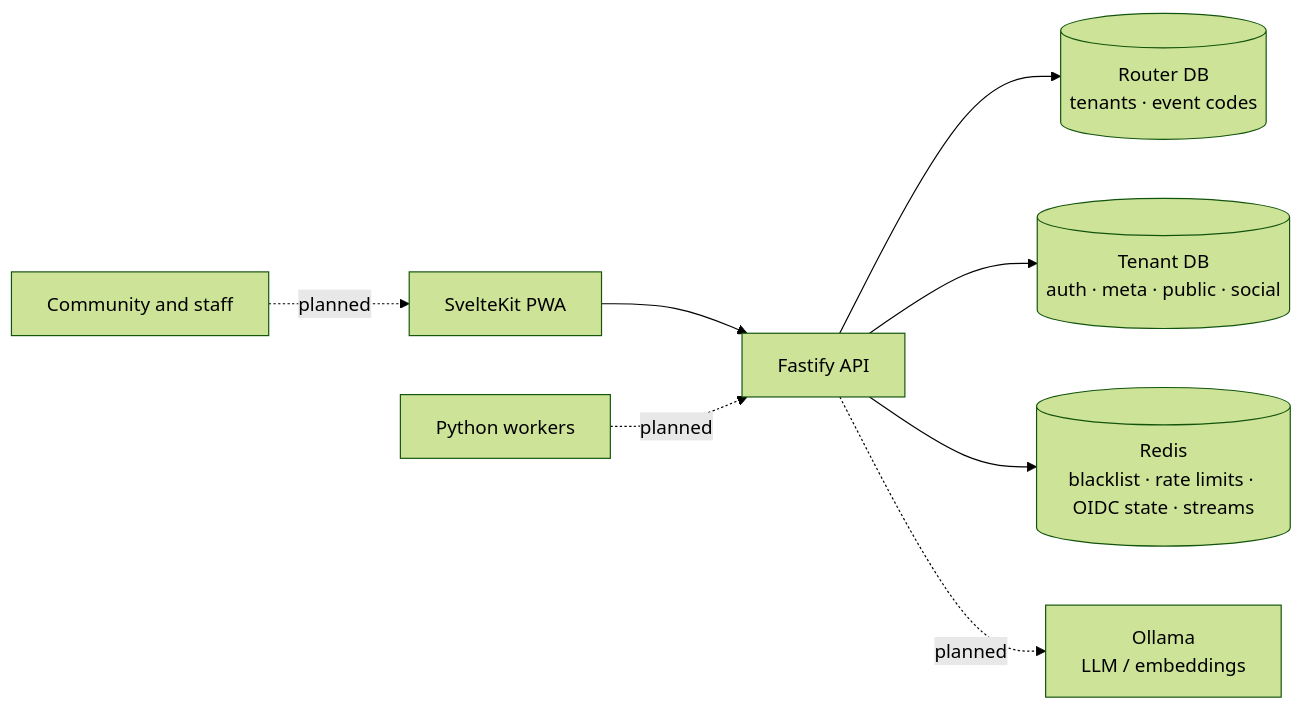
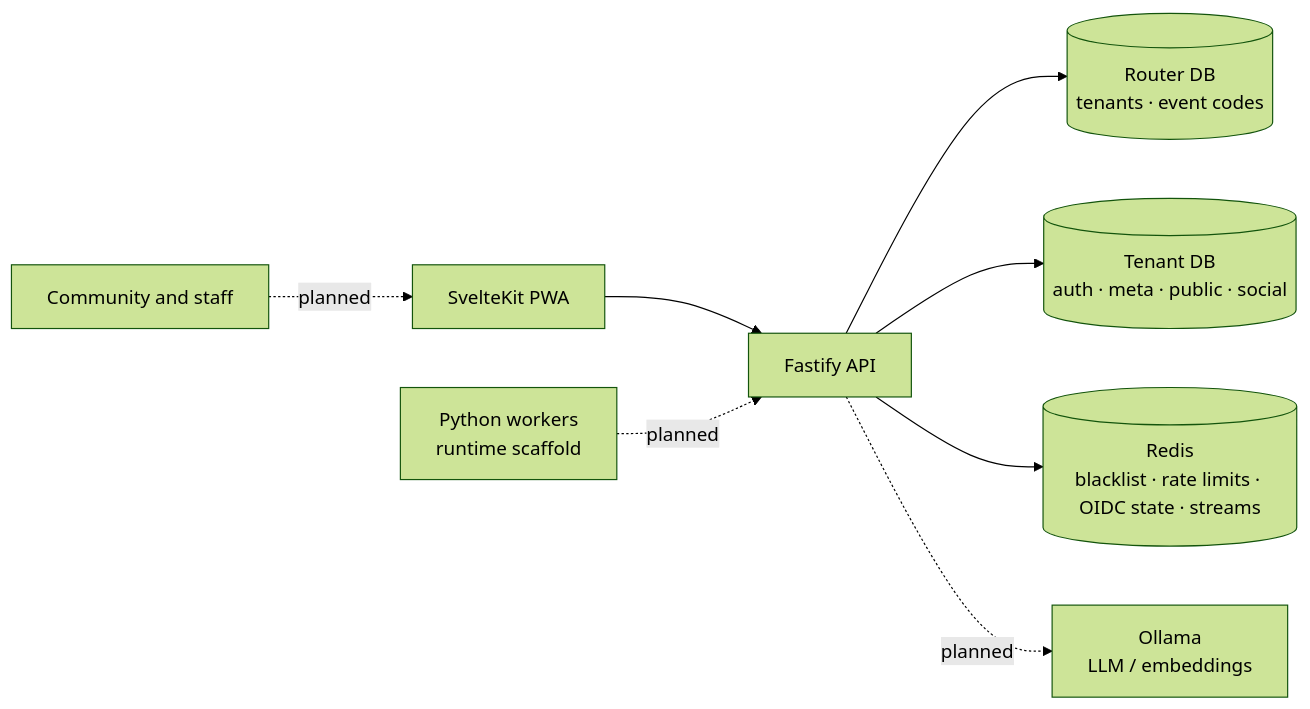
The diagram in docs/architecture.md (Juanc0/vozlab), drawn with Mermaid (forest theme) before and after one commit. The commit also changed other lines of this file and 42 other files, not shown here.

First line of the commit message:
feat(workers): Python 3.12 uv workspace, shared runtime and embedder scaffold

````diff
--- a/docs/architecture.md
+++ b/docs/architecture.md
@@ -7,10 +7,10 @@
 ```mermaid
 flowchart LR
   U["Community and staff"] -. planned .-> PWA["SvelteKit PWA"]
   PWA --> API["Fastify API"]
-  W["Python workers"] -. planned .-> API
+  W["Python workers<br/>runtime scaffold"] -. planned .-> API
   API --> R[("Router DB<br/>tenants · event codes")]
   API --> T[("Tenant DB<br/>auth · meta · public · social")]
   API --> REDIS[("Redis<br/>blacklist · rate limits · OIDC state · streams")]
   API -. planned .-> OLLAMA["Ollama<br/>LLM / embeddings"]
 ```
````
